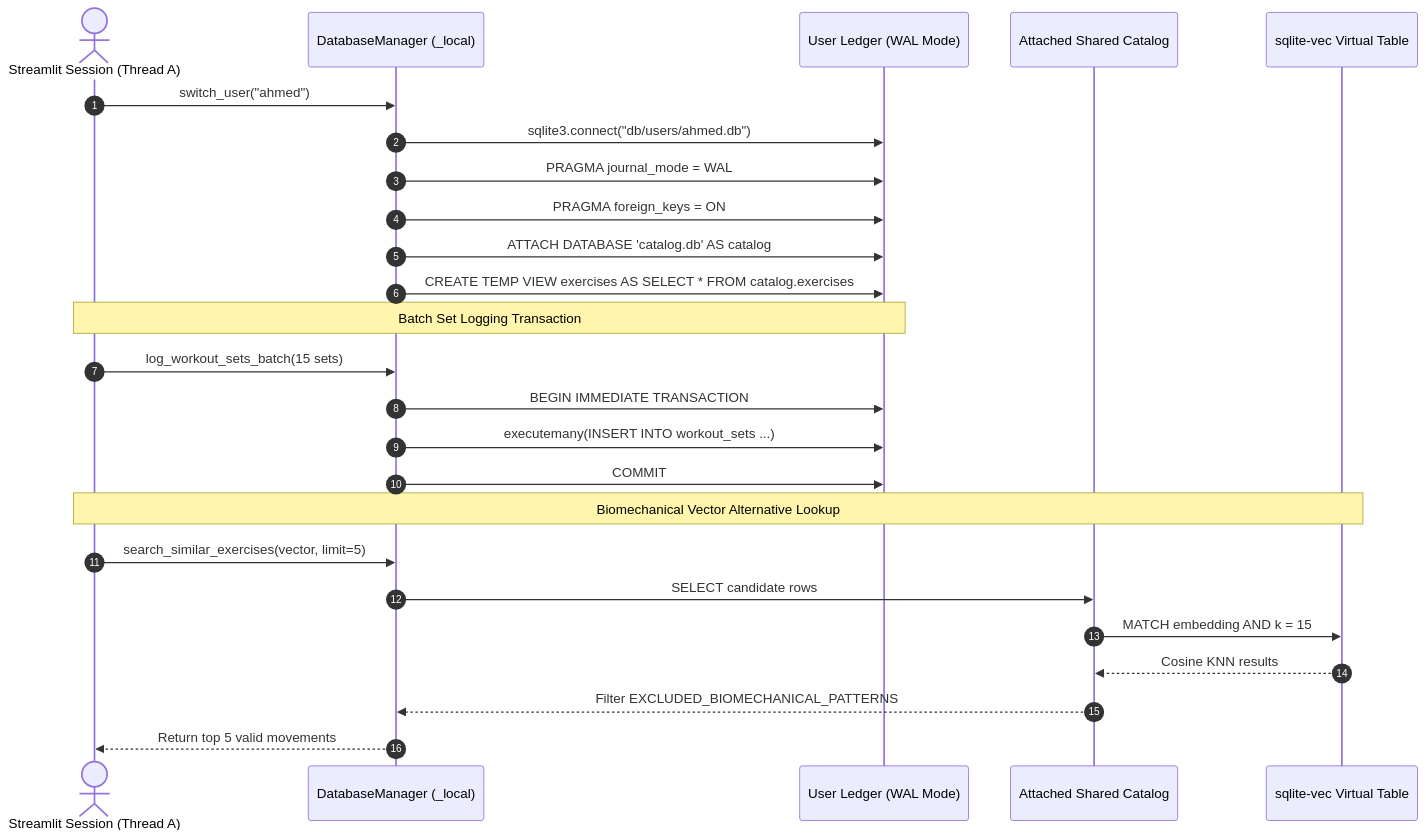
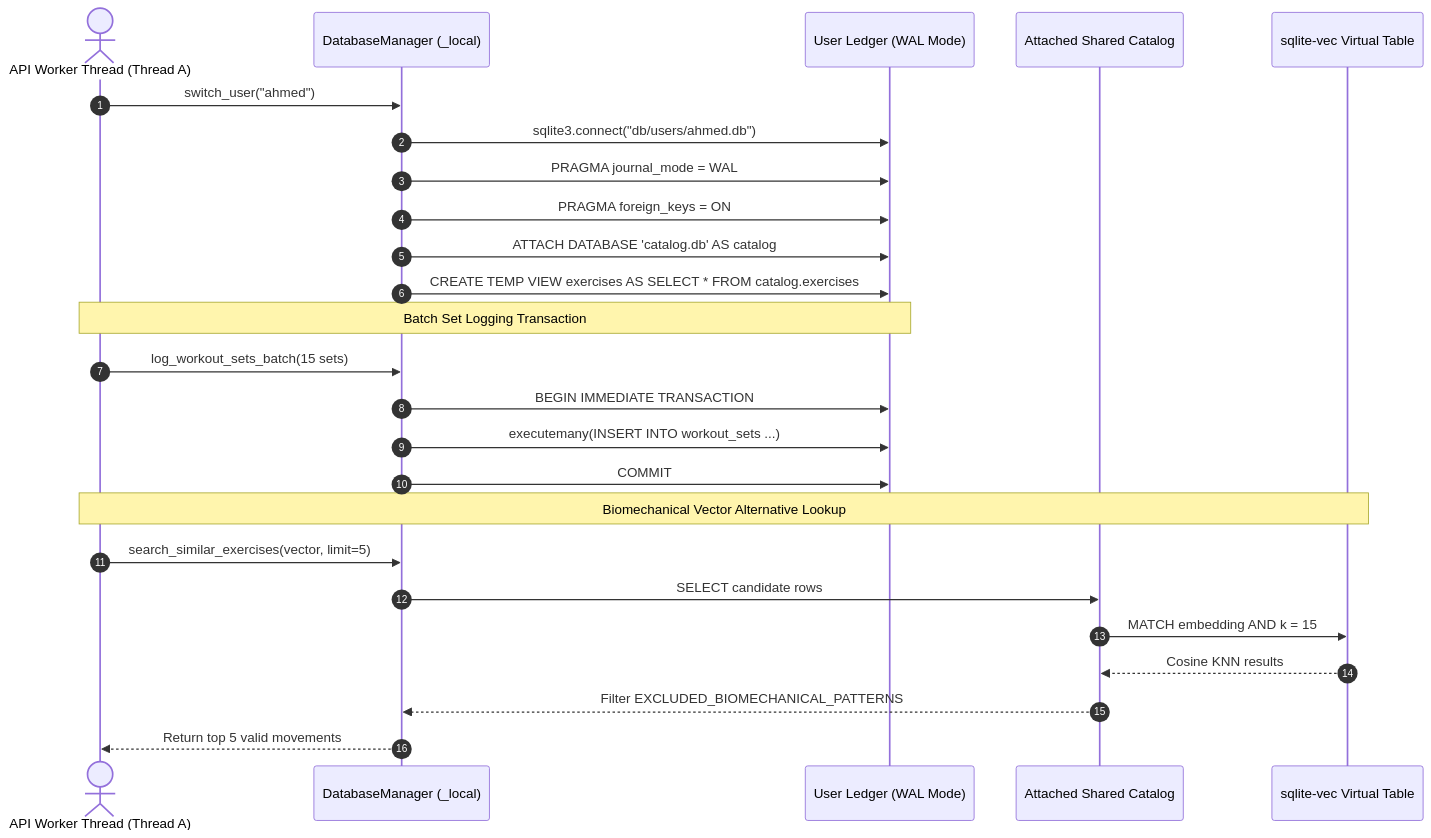
The fourth of 8 diagrams in docs/ARCHITECTURE.md (ahmedtvmer/MAYOS), drawn with Mermaid before and after one commit. The commit also changed other lines of this file and 13 other files, not shown here.

````diff
--- a/docs/ARCHITECTURE.md
+++ b/docs/ARCHITECTURE.md
@@ -196,30 +196,30 @@
 ```mermaid
 sequenceDiagram
     autonumber
-    actor Trainee as Streamlit Session (Thread A)
+    actor Worker as API Worker Thread (Thread A)
     participant DBM as DatabaseManager (_local)
     participant UserDB as User Ledger (WAL Mode)
     participant CatalogDB as Attached Shared Catalog
     participant VecExt as sqlite-vec Virtual Table
 
-    Trainee->>DBM: switch_user("ahmed")
+    Worker->>DBM: switch_user("ahmed")
     DBM->>UserDB: sqlite3.connect("db/users/ahmed.db")
     DBM->>UserDB: PRAGMA journal_mode = WAL;
     DBM->>UserDB: PRAGMA foreign_keys = ON;
     DBM->>UserDB: ATTACH DATABASE 'catalog.db' AS catalog;
     DBM->>UserDB: CREATE TEMP VIEW exercises AS SELECT * FROM catalog.exercises;
     
-    Note over Trainee,UserDB: Batch Set Logging Transaction
-    Trainee->>DBM: log_workout_sets_batch(15 sets)
+    Note over Worker,UserDB: Batch Set Logging Transaction
+    Worker->>DBM: log_workout_sets_batch(15 sets)
     DBM->>UserDB: BEGIN IMMEDIATE TRANSACTION;
     DBM->>UserDB: executemany(INSERT INTO workout_sets ...)
     DBM->>UserDB: COMMIT;
     
-    Note over Trainee,VecExt: Biomechanical Vector Alternative Lookup
-    Trainee->>DBM: search_similar_exercises(vector, limit=5)
+    Note over Worker,VecExt: Biomechanical Vector Alternative Lookup
+    Worker->>DBM: search_similar_exercises(vector, limit=5)
     DBM->>CatalogDB: SELECT candidate rows
     CatalogDB->>VecExt: MATCH embedding AND k = 15
     VecExt-->>CatalogDB: Cosine KNN results
     CatalogDB-->>DBM: Filter EXCLUDED_BIOMECHANICAL_PATTERNS
-    DBM-->>Trainee: Return top 5 valid movements
+    DBM-->>Worker: Return top 5 valid movements
 ```
````
